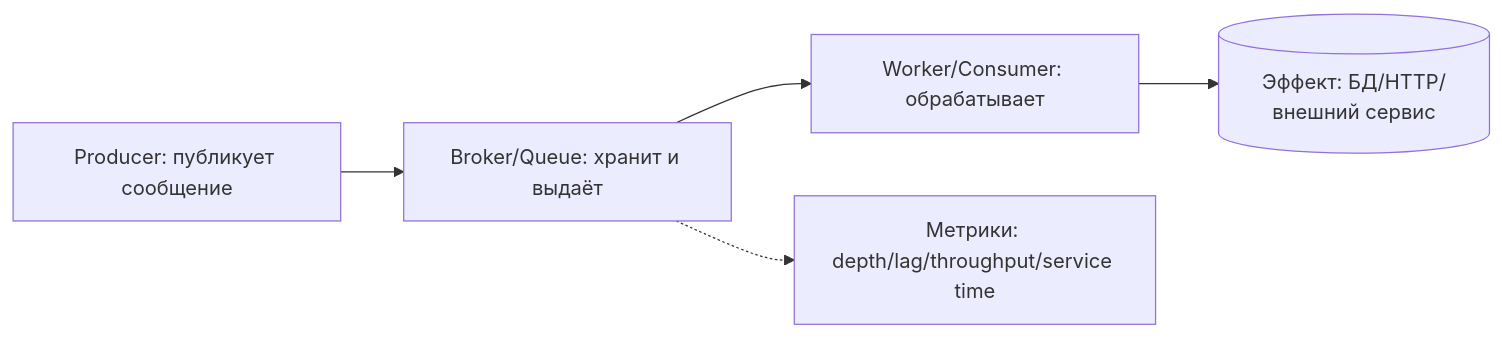
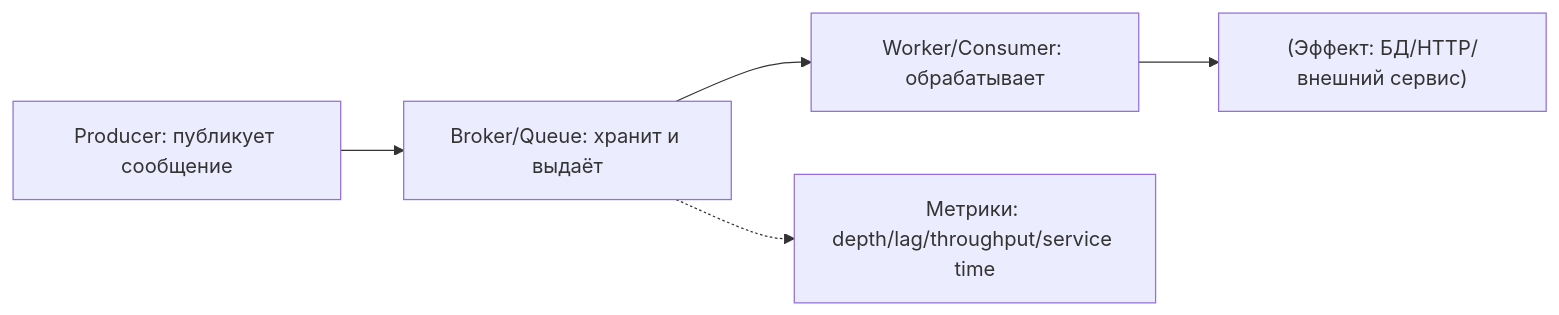
The diagram in directions/services/celery/pact/02_fundament_raspredelennykh_zadach_i_ocheredei_celery/10_02_2_1_bazovye_kontseptsii_sistem_ocheredey.md (DDoSKudya/ai-study-atlas), drawn with Mermaid before and after one commit. The commit also changed 322 other files, not shown here.

Commit message:
fix(docs): make mermaid diagrams GitHub-compatible across directions content

````diff
--- a/directions/services/celery/pact/02_fundament_raspredelennykh_zadach_i_ocheredei_celery/10_02_2_1_bazovye_kontseptsii_sistem_ocheredey.md
+++ b/directions/services/celery/pact/02_fundament_raspredelennykh_zadach_i_ocheredei_celery/10_02_2_1_bazovye_kontseptsii_sistem_ocheredey.md
@@ -101,7 +101,7 @@
 ```mermaid
 flowchart LR
-  A[Producer: публикует сообщение] --> Q[Broker/Queue: хранит и выдаёт]
-  Q --> W[Worker/Consumer: обрабатывает]
-  W --> R[(Эффект: БД/HTTP/внешний сервис)]
-  Q -.-> M[Метрики: depth/lag/throughput/service time]
+  A["Producer: публикует сообщение"] --> Q["Broker/Queue: хранит и выдаёт"]
+  Q --> W["Worker/Consumer: обрабатывает"]
+  W --> R["(Эффект: БД/HTTP/внешний сервис)"]
+  Q -.-> M["Метрики: depth/lag/throughput/service time"]
 ```
````
